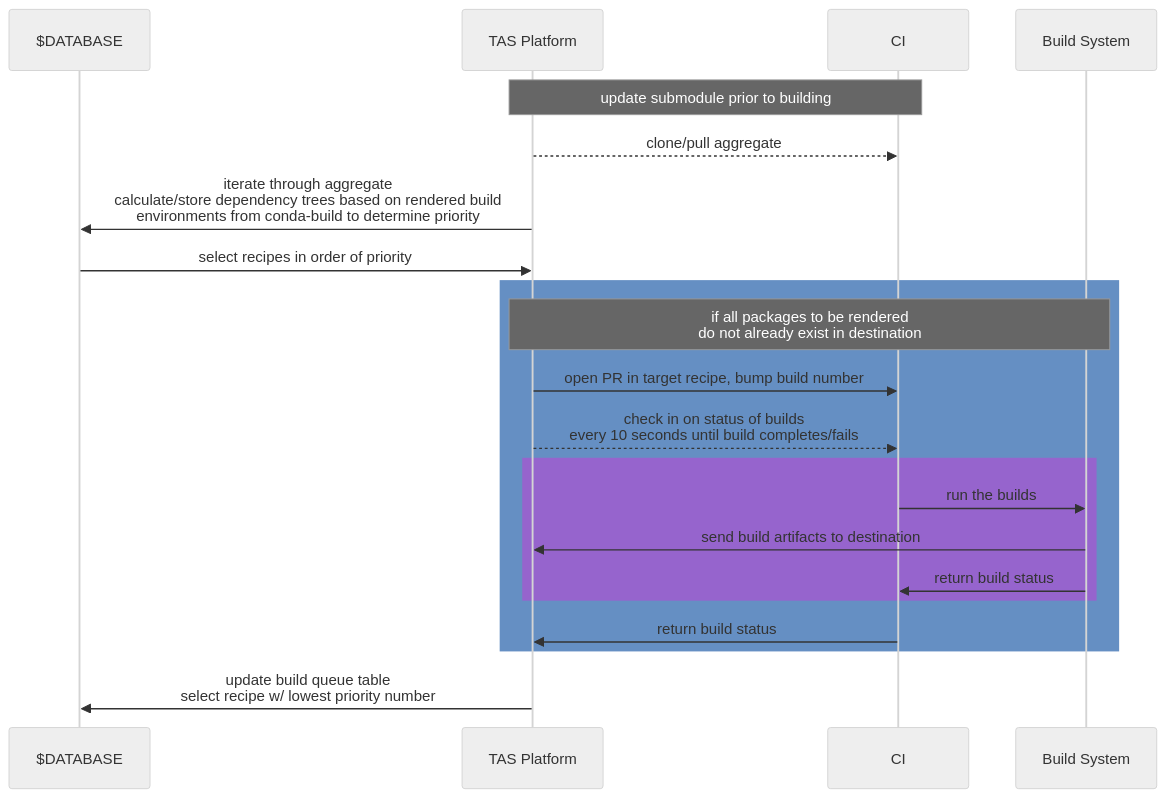
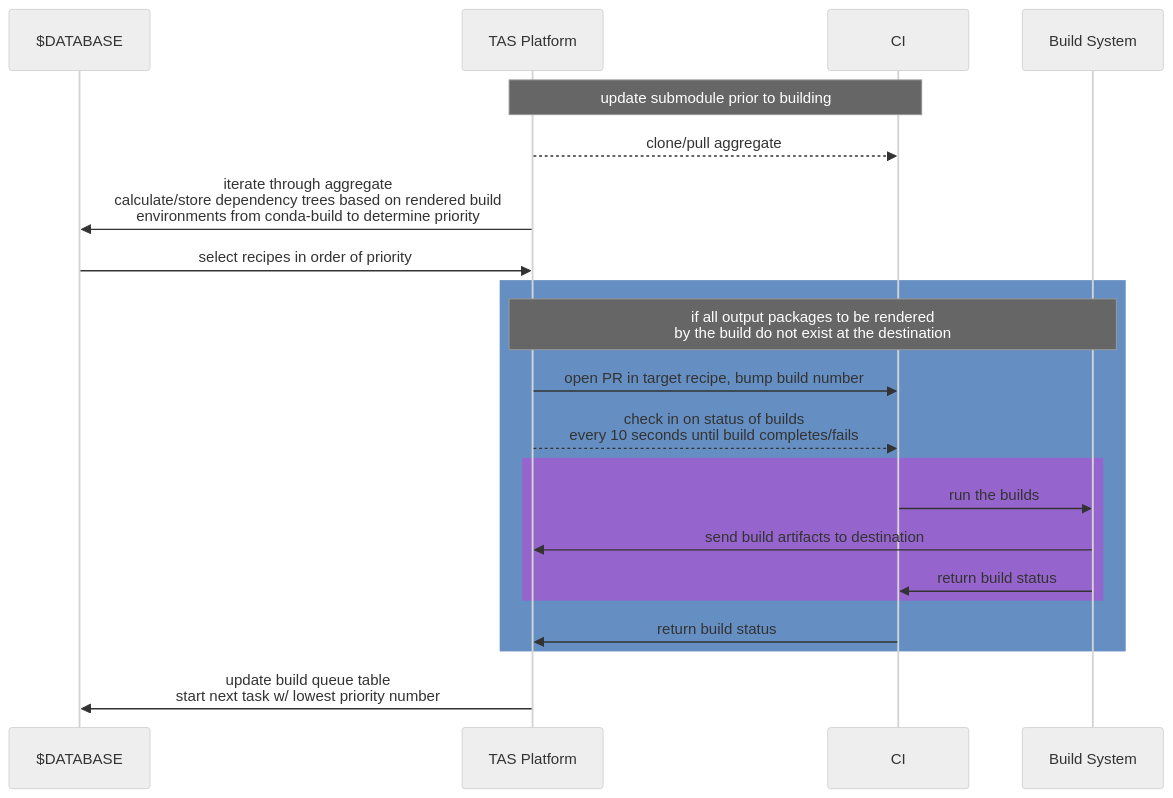
Before and after one commit to mxava/tas-platform: the diagram in docs/architecture.md, drawn with Mermaid (neutral theme).

Commit message:
clarify `Note over TAS Platform,Build System` text

````diff
--- a/docs/architecture.md
+++ b/docs/architecture.md
@@ -3,23 +3,23 @@
 ```mermaid
 sequenceDiagram
     participant $DATABASE
     participant TAS Platform
     participant CI
     participant Build System
     Note over TAS Platform,CI: update submodule prior to building
     TAS Platform-->>CI: clone/pull aggregate
     TAS Platform->>$DATABASE: iterate through aggregate<br/>calculate/store dependency trees based on rendered build<br/>environments from conda-build to determine priority
     $DATABASE->>TAS Platform: select recipes in order of priority
     rect rgb(101, 143, 195)
-    Note over TAS Platform,Build System: if all packages to be rendered<br/>do not already exist in destination
+    Note over TAS Platform,Build System: if all output packages to be rendered<br/>by the build do not exist at the destination
     TAS Platform->>CI: open PR in target recipe, bump build number
     TAS Platform-->>CI: check in on status of builds<br/>every 10 seconds until build completes/fails
     rect rgb(150, 100, 205)
     CI->>Build System: run the builds
     Build System->>TAS Platform: send build artifacts to destination
     Build System->>CI: return build status
     end
     CI->>TAS Platform: return build status
     end
-    TAS Platform->>$DATABASE: update build queue table<br/>select recipe w/ lowest priority number    
+    TAS Platform->>$DATABASE: update build queue table<br/>start next task w/ lowest priority number    
 ```
````
